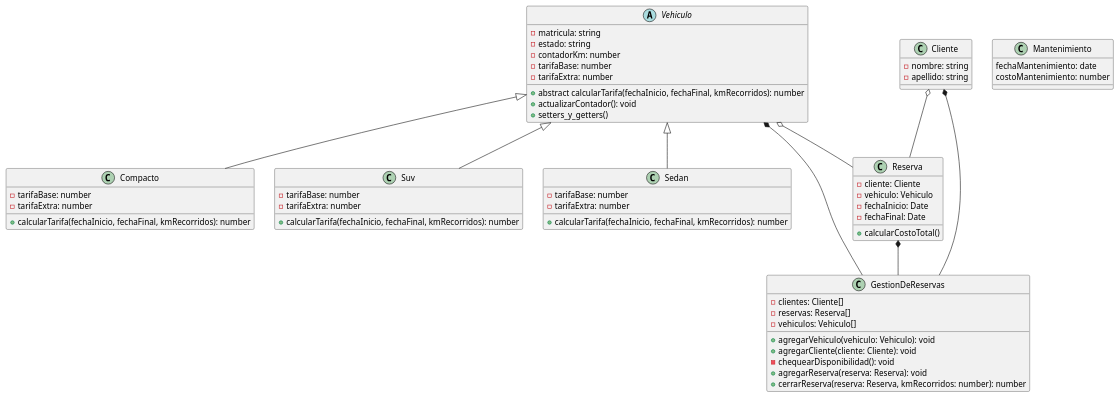
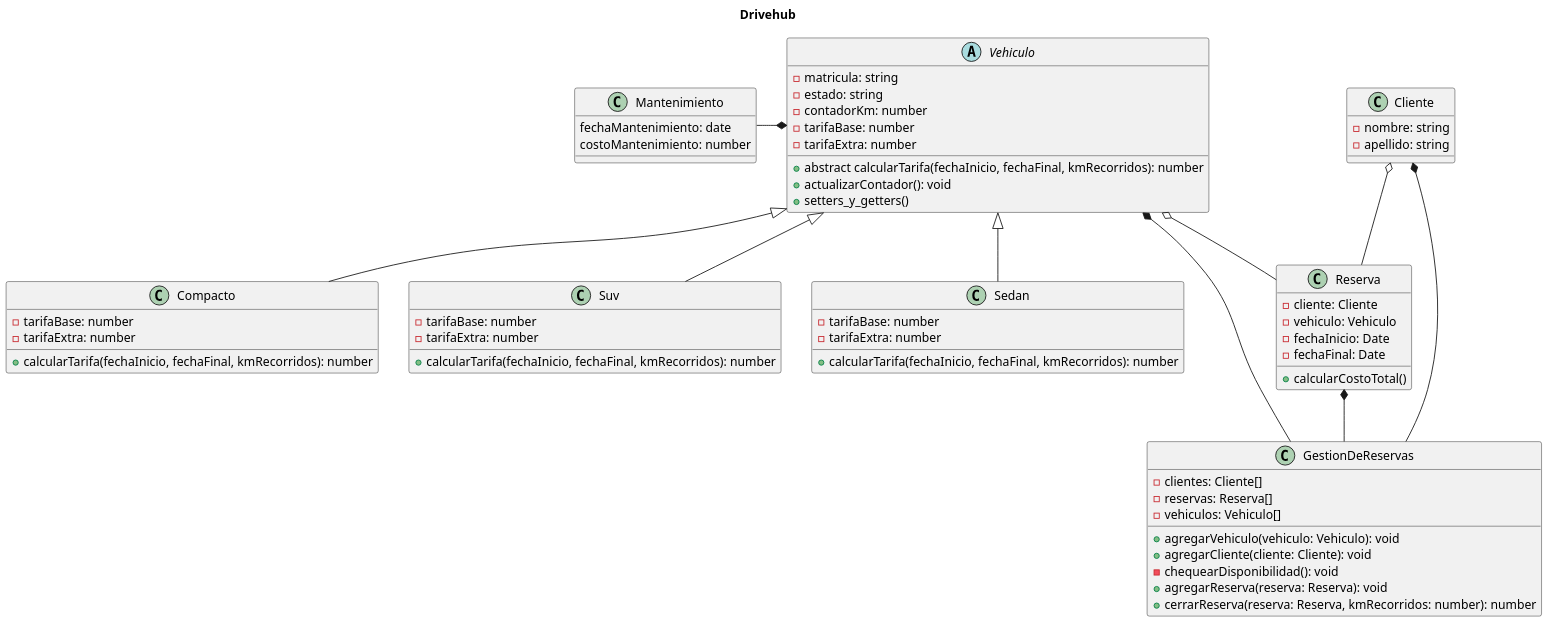
Before and after one commit to AndresCastro-hub/Tp-Alquiler-de-autos: the diagram in src/AlquilerDeAutos/diagrama/alquilerAutos.puml, drawn with PlantUML.

Commit message:
agregue relacion mantenimineto a vehiculo

```diff
--- a/src/AlquilerDeAutos/diagrama/alquilerAutos.puml
+++ b/src/AlquilerDeAutos/diagrama/alquilerAutos.puml
@@ -1,81 +1,90 @@
-@startuml
+@startuml TP
+
+title "Drivehub"
+scale 1.5
+
+
  abstract class Vehiculo{
     -matricula: string
     -estado: string
     -contadorKm: number
     -tarifaBase: number
     -tarifaExtra: number
 
     + abstract calcularTarifa(fechaInicio, fechaFinal, kmRecorridos): number
     + actualizarContador(): void
     + setters_y_getters()
  }
 
  class Compacto{
     -tarifaBase: number
     -tarifaExtra: number
 
     + calcularTarifa(fechaInicio, fechaFinal, kmRecorridos): number
  }
 
  class Suv{
     -tarifaBase: number
     -tarifaExtra: number
 
     + calcularTarifa(fechaInicio, fechaFinal, kmRecorridos): number
  }
 
  class Sedan{
     -tarifaBase: number
     -tarifaExtra: number
 
     + calcularTarifa(fechaInicio, fechaFinal, kmRecorridos): number
  }
 
  class Reserva{
     -cliente: Cliente
     -vehiculo: Vehiculo
     -fechaInicio: Date
     -fechaFinal: Date
     
     + calcularCostoTotal()
   }
  
 
  class Cliente{
     -nombre: string
     -apellido: string
  }
 
  class GestionDeReservas{
     -clientes: Cliente[]
     -reservas: Reserva[]
     -vehiculos: Vehiculo[]
 
     +agregarVehiculo(vehiculo: Vehiculo): void
     +agregarCliente(cliente: Cliente): void
     -chequearDisponibilidad(): void
     +agregarReserva(reserva: Reserva): void
     +cerrarReserva(reserva: Reserva, kmRecorridos: number): number
  }
 
  class Mantenimiento{
     fechaMantenimiento: date
     costoMantenimiento: number
 
  }
 
 'relaciones
 
 Cliente *-- GestionDeReservas
 Reserva *-- GestionDeReservas
 Vehiculo *-- GestionDeReservas
 
 Vehiculo <|-- Compacto
 Vehiculo <|-- Sedan
 Vehiculo <|-- Suv
 
 Cliente o-- Reserva
 
-Vehiculo o-- Reserva 
+Vehiculo o-- Reserva
+Vehiculo *--l Mantenimiento
+
+
+
 @enduml
```
